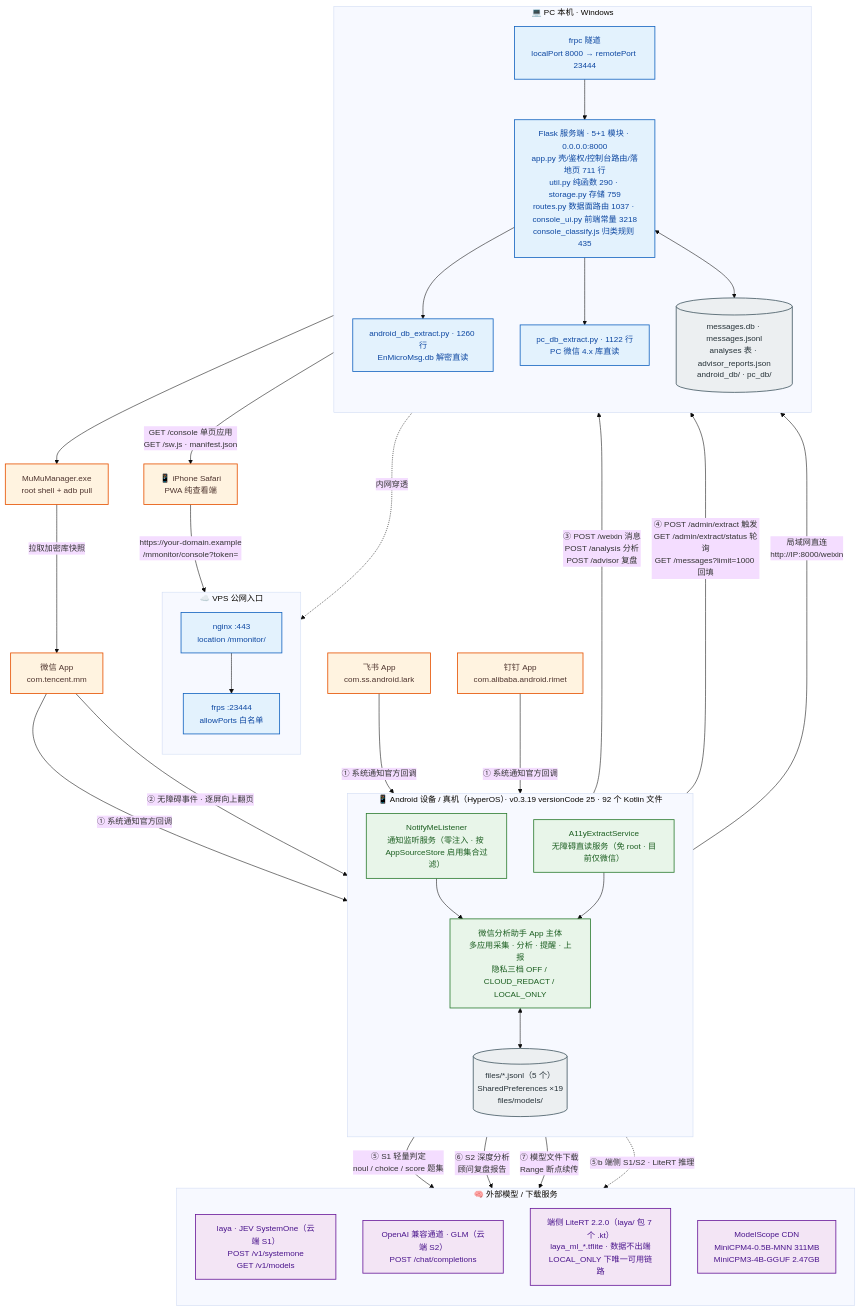
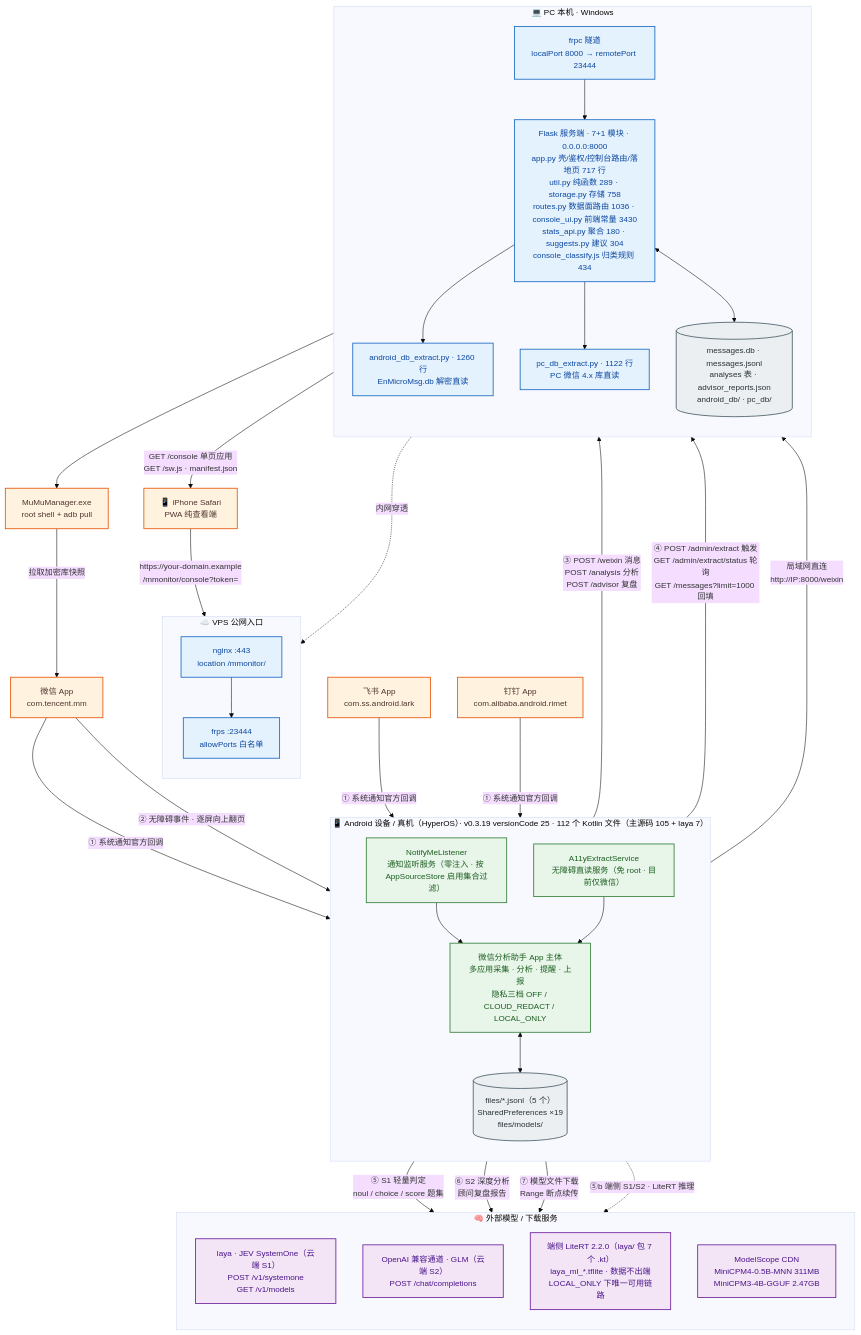
The diagram in docs/architecture/diagrams/01-system-context.mmd (solidjoker/notifyme), drawn with Mermaid before and after one commit. The commit also changed 27 other files, not shown here.

```diff
--- a/docs/architecture/diagrams/01-system-context.mmd
+++ b/docs/architecture/diagrams/01-system-context.mmd
@@ -1,70 +1,70 @@
 %%{init: {'theme':'base','themeVariables':{'fontSize':'15px','fontFamily':'Microsoft YaHei, PingFang SC, sans-serif'},'flowchart':{'htmlLabels':true,'curve':'basis'}}}%%
 flowchart TB
     classDef ext  fill:#fff3e0,stroke:#e65100,stroke-width:1.5px,color:#4e342e
     classDef app  fill:#e8f5e9,stroke:#2e7d32,stroke-width:1.5px,color:#1b5e20
     classDef srv  fill:#e3f2fd,stroke:#1565c0,stroke-width:1.5px,color:#0d47a1
     classDef llm  fill:#f3e5f5,stroke:#6a1b9a,stroke-width:1.5px,color:#4a148c
     classDef store fill:#eceff1,stroke:#455a64,stroke-width:1.5px,color:#263238
 
     WX["微信 App<br/>com.tencent.mm"]:::ext
     FS["飞书 App<br/>com.ss.android.lark"]:::ext
     DT["钉钉 App<br/>com.alibaba.android.rimet"]:::ext
 
-    subgraph DEV["📱 Android 设备 / 真机（HyperOS）· v0.3.19 versionCode 25 · 92 个 Kotlin 文件"]
+    subgraph DEV["📱 Android 设备 / 真机（HyperOS）· v0.3.19 versionCode 25 · 112 个 Kotlin 文件（主源码 105 + laya 7）"]
         direction TB
         NL["NotifyMeListener<br/>通知监听服务（零注入 · 按 AppSourceStore 启用集合过滤）"]:::app
         A11Y["A11yExtractService<br/>无障碍直读服务（免 root · 目前仅微信）"]:::app
         CORE["微信分析助手 App 主体<br/>多应用采集 · 分析 · 提醒 · 上报<br/>隐私三档 OFF / CLOUD_REDACT / LOCAL_ONLY"]:::app
         STORE[("files/*.jsonl（5 个）<br/>SharedPreferences ×19<br/>files/models/")]:::store
         NL --> CORE
         A11Y --> CORE
         CORE <--> STORE
     end
 
     subgraph HOST["💻 PC 本机 · Windows"]
         direction TB
-        FLASK["Flask 服务端 · 5+1 模块 · 0.0.0.0:8000<br/>app.py 壳/鉴权/控制台路由/落地页 711 行<br/>util.py 纯函数 290 · storage.py 存储 759<br/>routes.py 数据面路由 1037 · console_ui.py 前端常量 3218<br/>console_classify.js 归类规则 435"]:::srv
+        FLASK["Flask 服务端 · 7+1 模块 · 0.0.0.0:8000<br/>app.py 壳/鉴权/控制台路由/落地页 717 行<br/>util.py 纯函数 289 · storage.py 存储 758<br/>routes.py 数据面路由 1036 · console_ui.py 前端常量 3430<br/>stats_api.py 聚合 180 · suggests.py 建议 304<br/>console_classify.js 归类规则 434"]:::srv
         ADBEX["android_db_extract.py · 1260 行<br/>EnMicroMsg.db 解密直读"]:::srv
         PCEX["pc_db_extract.py · 1122 行<br/>PC 微信 4.x 库直读"]:::srv
         DB[("messages.db · messages.jsonl<br/>analyses 表 · advisor_reports.json<br/>android_db/ · pc_db/")]:::store
         FRPC["frpc 隧道<br/>localPort 8000 → remotePort 23444"]:::srv
         FLASK --> ADBEX
         FLASK --> PCEX
         FLASK <--> DB
         FRPC --> FLASK
     end
 
     subgraph VPS["☁️ VPS 公网入口"]
         direction TB
         NGINX["nginx :443<br/>location /mmonitor/"]:::srv
         FRPS["frps :23444<br/>allowPorts 白名单"]:::srv
         NGINX --> FRPS
     end
 
     subgraph AI["🧠 外部模型 / 下载服务"]
         direction TB
         LAYA["laya · JEV SystemOne（云端 S1）<br/>POST /v1/systemone<br/>GET /v1/models"]:::llm
         GLM["OpenAI 兼容通道 · GLM（云端 S2）<br/>POST /chat/completions"]:::llm
         LITE["端侧 LiteRT 2.2.0（laya/ 包 7 个 .kt）<br/>laya_ml_*.tflite · 数据不出端<br/>LOCAL_ONLY 下唯一可用链路"]:::llm
         MS["ModelScope CDN<br/>MiniCPM4-0.5B-MNN 311MB<br/>MiniCPM3-4B-GGUF 2.47GB"]:::llm
     end
 
     MUMU["MuMuManager.exe<br/>root shell + adb pull"]:::ext
     IPHONE["📱 iPhone Safari<br/>PWA 纯查看端"]:::ext
 
     WX -->|"① 系统通知官方回调"| NL
     FS -->|"① 系统通知官方回调"| NL
     DT -->|"① 系统通知官方回调"| NL
     WX -->|"② 无障碍事件 · 逐屏向上翻页"| A11Y
     CORE -->|"③ POST /weixin 消息<br/>POST /analysis 分析<br/>POST /advisor 复盘"| FLASK
     CORE -->|"④ POST /admin/extract 触发<br/>GET /admin/extract/status 轮询<br/>GET /messages?limit=1000 回填"| FLASK
     CORE -->|"⑤ S1 轻量判定<br/>noul / choice / score 题集"| LAYA
     CORE -->|"⑥ S2 深度分析<br/>顾问复盘报告"| GLM
     CORE -->|"⑦ 模型文件下载<br/>Range 断点续传"| MS
     CORE -.->|"⑤b 端侧 S1/S2 · LiteRT 推理"| LITE
     ADBEX --> MUMU
     MUMU -->|"拉取加密库快照"| WX
     CORE -->|"局域网直连<br/>http://IP:8000/weixin"| FLASK
     FRPC -.->|"内网穿透"| FRPS
     IPHONE -->|"https://your-domain.example<br/>/mmonitor/console?token="| NGINX
     FLASK -->|"GET /console 单页应用<br/>GET /sw.js · manifest.json"| IPHONE
```
